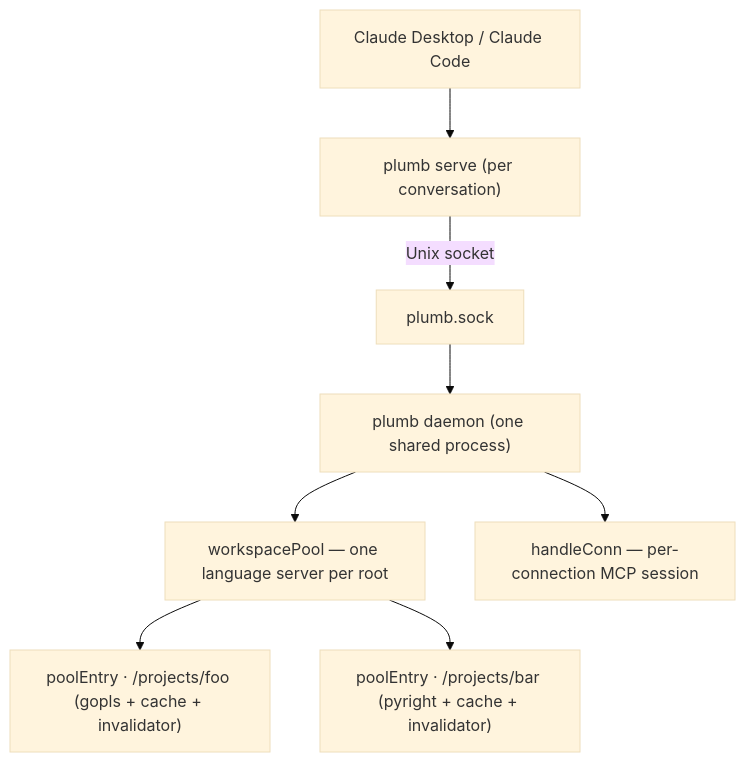
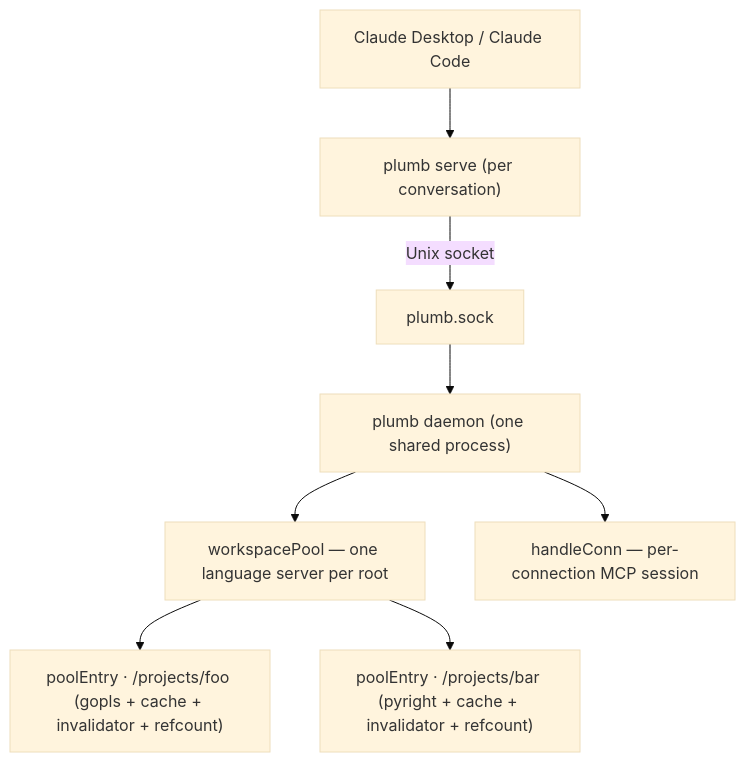
One commit to plumbkit/plumb changed the fourth of 6 diagrams in docs/architecture.md. Above: the diagram before and after it, drawn with Mermaid (base theme). The commit also changed other lines of this file and 2 other files, not shown here.

First line of the commit message:
docs: update architecture docs for 0.8.35–0.8.38 changes

````diff
--- a/docs/architecture.md
+++ b/docs/architecture.md
@@ -133,10 +133,10 @@
 ```mermaid
 flowchart TD
     CC["Claude Desktop / Claude Code"] --> SV["plumb serve (per conversation)"]
     SV -->|Unix socket| SOCK["plumb.sock"]
     SOCK --> D["plumb daemon (one shared process)"]
     D --> WP["workspacePool — one language server per root"]
-    WP --> PE1["poolEntry · /projects/foo (gopls + cache + invalidator)"]
-    WP --> PE2["poolEntry · /projects/bar (pyright + cache + invalidator)"]
+    WP --> PE1["poolEntry · /projects/foo (gopls + cache + invalidator + refcount)"]
+    WP --> PE2["poolEntry · /projects/bar (pyright + cache + invalidator + refcount)"]
     D --> HC["handleConn — per-connection MCP session"]
 ```
````
